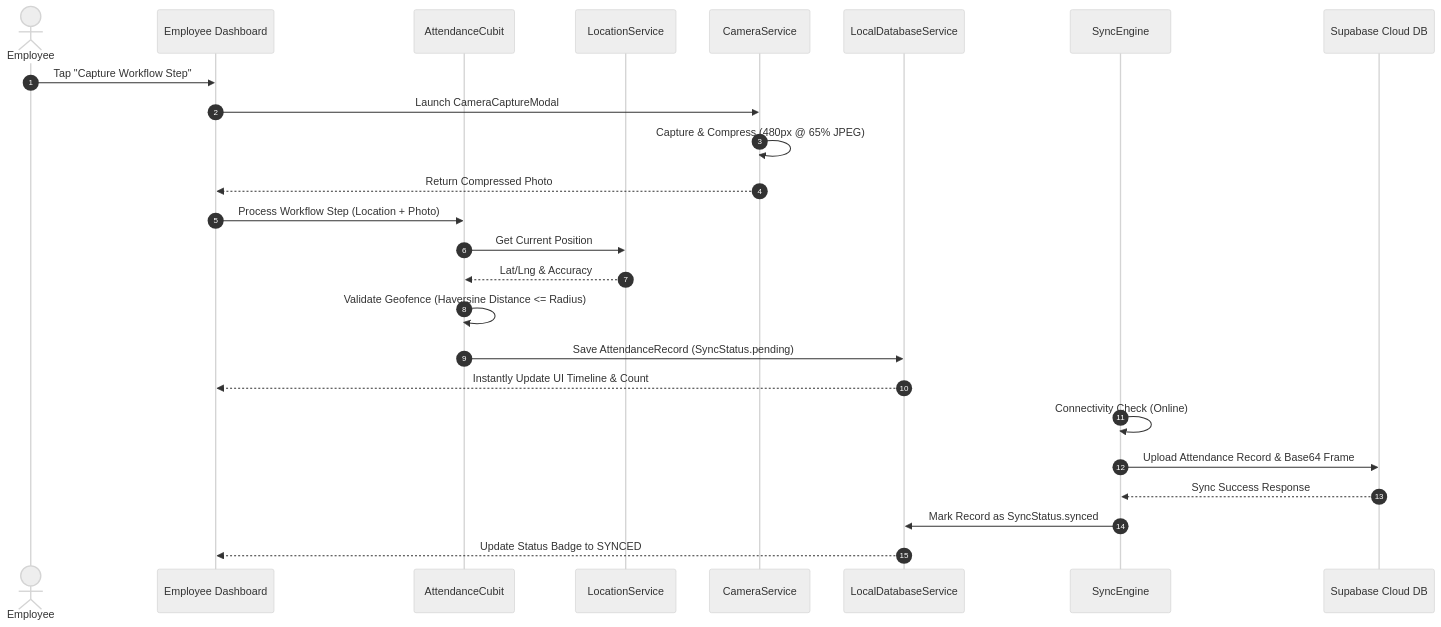
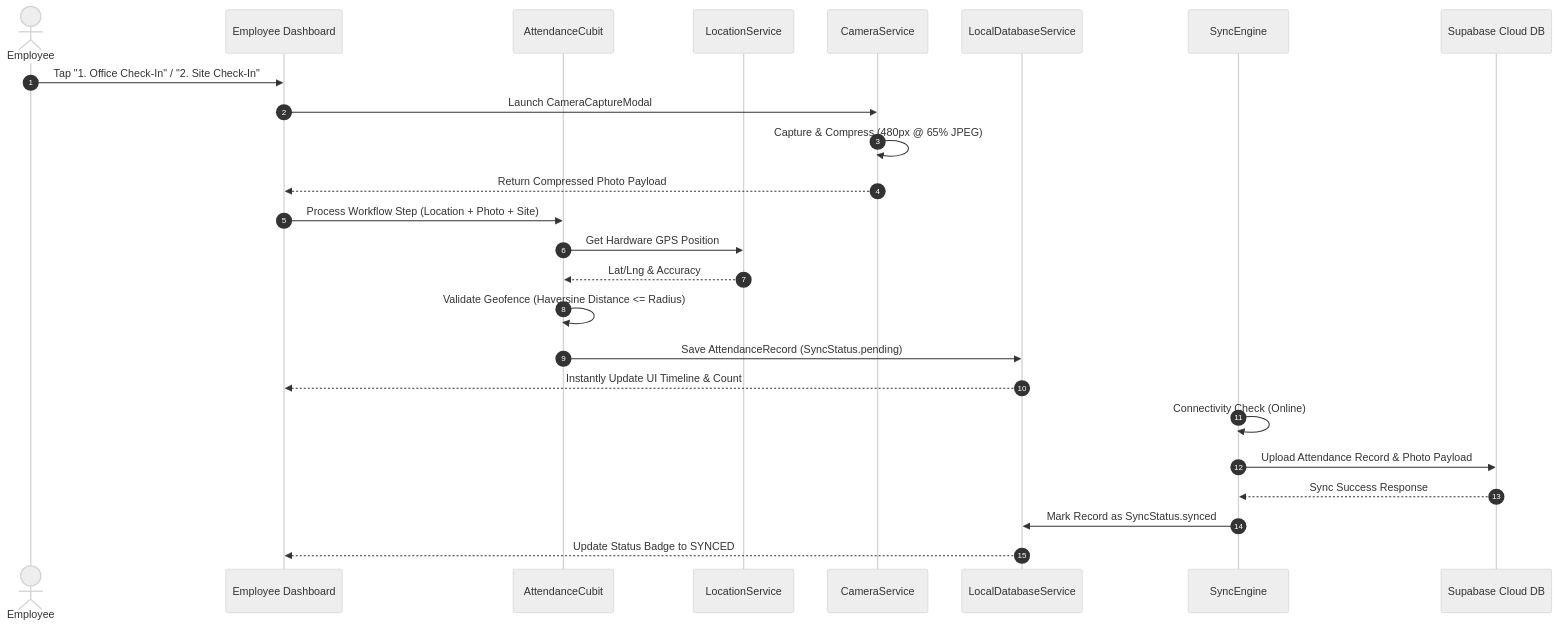
One commit to irshath11/fusion changed the diagram in docs/00_system_architecture.md. Above: the diagram before and after it, drawn with Mermaid (neutral theme). The commit also changed other lines of this file and 12 other files, not shown here.

````diff
--- a/docs/00_system_architecture.md
+++ b/docs/00_system_architecture.md
@@ -62,28 +66,28 @@
 ```mermaid
 sequenceDiagram
     autonumber
     actor Employee
     participant UI as Employee Dashboard
     participant Cubit as AttendanceCubit
     participant Location as LocationService
     participant Camera as CameraService
     participant Hive as LocalDatabaseService
     participant Sync as SyncEngine
     participant Supabase as Supabase Cloud DB
 
-    Employee->>UI: Tap "Capture Workflow Step"
+    Employee->>UI: Tap "1. Office Check-In" / "2. Site Check-In"
     UI->>Camera: Launch CameraCaptureModal
     Camera->>Camera: Capture & Compress (480px @ 65% JPEG)
-    Camera-->>UI: Return Compressed Photo
-    UI->>Cubit: Process Workflow Step (Location + Photo)
-    Cubit->>Location: Get Current Position
+    Camera-->>UI: Return Compressed Photo Payload
+    UI->>Cubit: Process Workflow Step (Location + Photo + Site)
+    Cubit->>Location: Get Hardware GPS Position
     Location-->>Cubit: Lat/Lng & Accuracy
     Cubit->>Cubit: Validate Geofence (Haversine Distance <= Radius)
     Cubit->>Hive: Save AttendanceRecord (SyncStatus.pending)
     Hive-->>UI: Instantly Update UI Timeline & Count
     Sync->>Sync: Connectivity Check (Online)
-    Sync->>Supabase: Upload Attendance Record & Base64 Frame
+    Sync->>Supabase: Upload Attendance Record & Photo Payload
     Supabase-->>Sync: Sync Success Response
     Sync->>Hive: Mark Record as SyncStatus.synced
     Hive-->>UI: Update Status Badge to SYNCED
 ```
````
